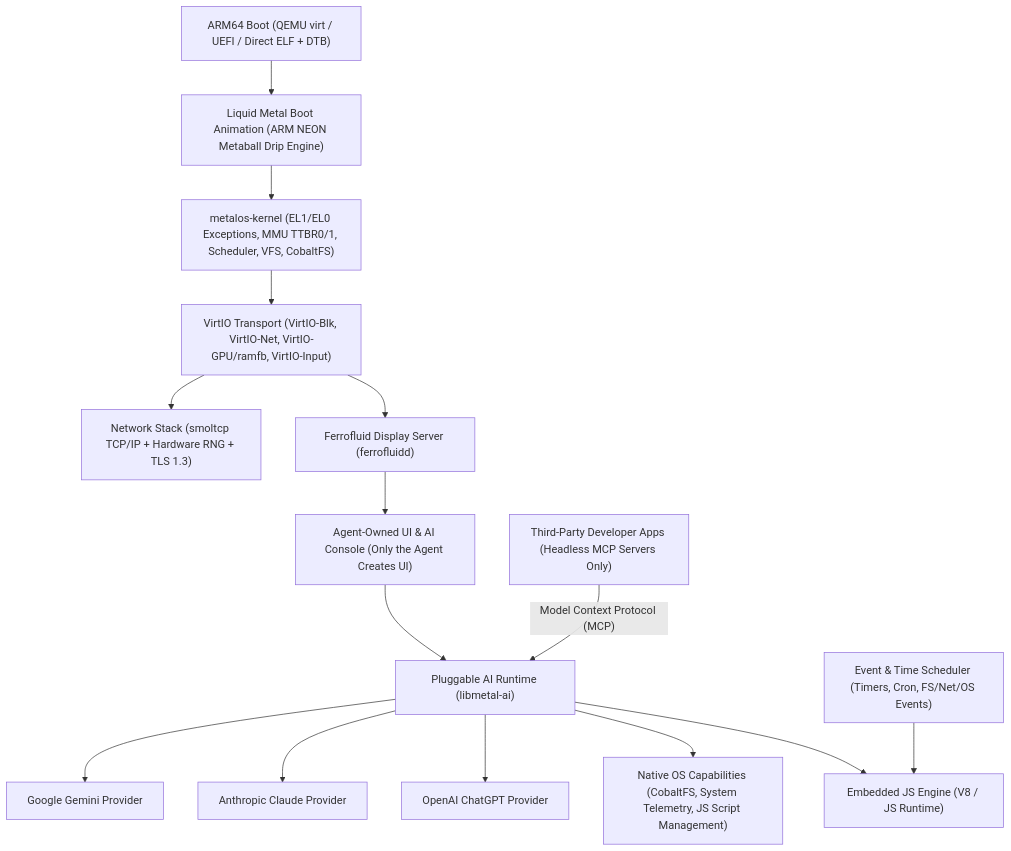
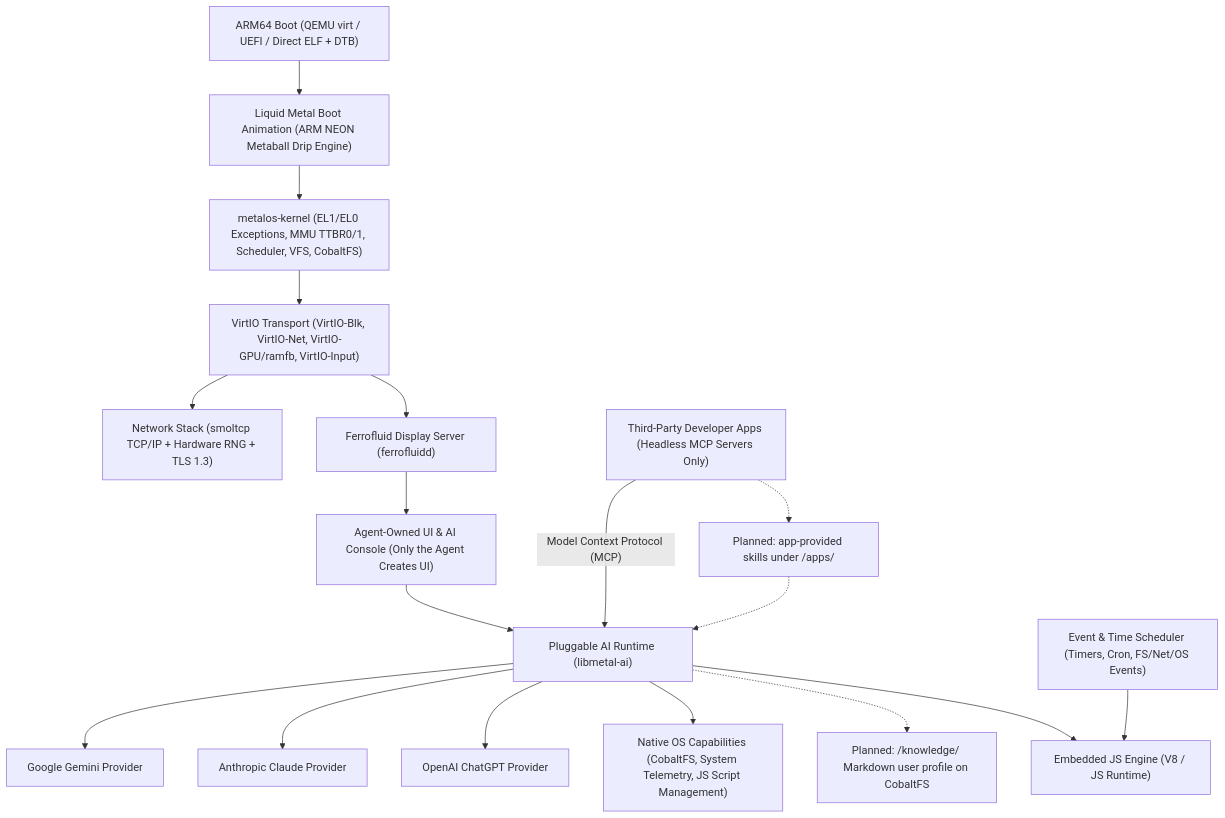
The diagram in ROADMAP.md (lucasdupin/alloyOS), drawn with Mermaid before and after one commit. The commit also changed other lines of this file and 3 other files, not shown here.

Commit message:
Document local user knowledge and app-provided skills

````diff
--- a/ROADMAP.md
+++ b/ROADMAP.md
@@ -14,17 +15,20 @@
 ```mermaid
 flowchart TD
     Boot["ARM64 Boot (QEMU virt / UEFI / Direct ELF + DTB)"] --> Splash["Liquid Metal Boot Animation (ARM NEON Metaball Drip Engine)"]
     Splash --> Kernel["metalos-kernel (EL1/EL0 Exceptions, MMU TTBR0/1, Scheduler, VFS, CobaltFS)"]
     Kernel --> VirtIO["VirtIO Transport (VirtIO-Blk, VirtIO-Net, VirtIO-GPU/ramfb, VirtIO-Input)"]
     VirtIO --> Net["Network Stack (smoltcp TCP/IP + Hardware RNG + TLS 1.3)"]
     VirtIO --> Ferrofluid["Ferrofluid Display Server (ferrofluidd)"]
     Ferrofluid --> AIConsole["Agent-Owned UI & AI Console (Only the Agent Creates UI)"]
     AIConsole --> AIRuntime["Pluggable AI Runtime (libmetal-ai)"]
     AIRuntime --> Gemini["Google Gemini Provider"]
     AIRuntime --> Claude["Anthropic Claude Provider"]
     AIRuntime --> ChatGPT["OpenAI ChatGPT Provider"]
     AIRuntime --> Tools["Native OS Capabilities (CobaltFS, System Telemetry, JS Script Management)"]
+    AIRuntime -.-> Knowledge["Planned: /knowledge/ Markdown user profile on CobaltFS"]
     AIRuntime --> JSRuntime["Embedded JS Engine (V8 / JS Runtime)"]
     Scheduler["Event & Time Scheduler (Timers, Cron, FS/Net/OS Events)"] --> JSRuntime
     MCPApps["Third-Party Developer Apps (Headless MCP Servers Only)"] -->|"Model Context Protocol (MCP)"| AIRuntime
+    MCPApps -.-> AppSkills["Planned: app-provided skills under /apps/"]
+    AppSkills -.-> AIRuntime
 ```
````
